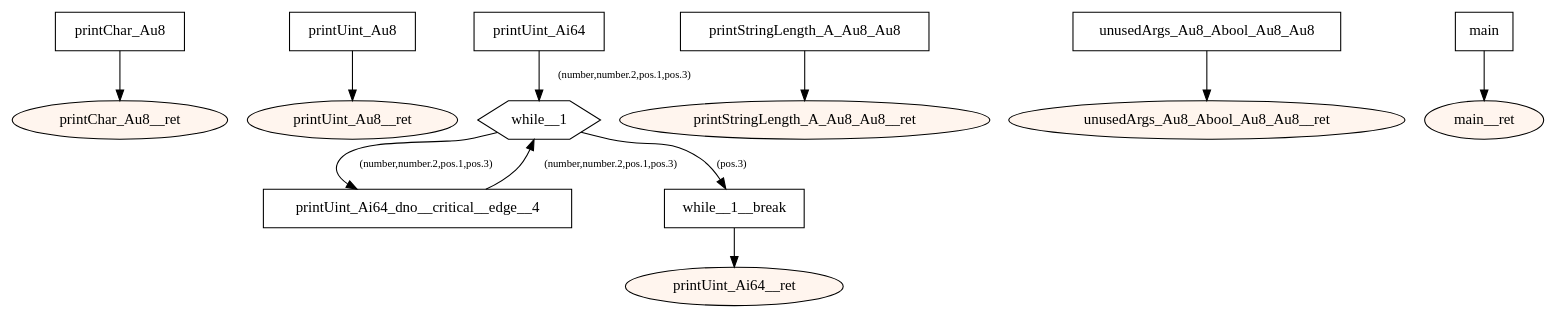
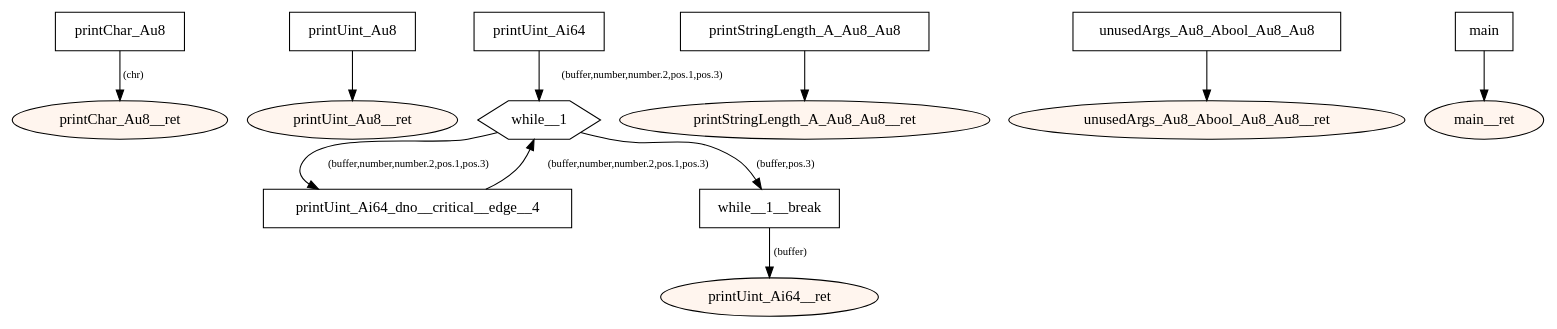
The diagram in src/main/resources-test/compiler/windows/basics.dot (tmssngr/tinyC), drawn with Graphviz before and after one commit. The commit also changed 158 other files, not shown here.

```diff
--- a/src/main/resources-test/compiler/windows/basics.dot
+++ b/src/main/resources-test/compiler/windows/basics.dot
@@ -1,40 +1,40 @@
 digraph program {
 	edge[fontsize="10pt"];
 	subgraph fn_printChar_Au8 {
 		BasicBlock_0_printChar_Au8 [label="printChar_Au8",shape=box];
-		BasicBlock_0_printChar_Au8 -> BasicBlock_0_printChar_Au8__ret;
+		BasicBlock_0_printChar_Au8 -> BasicBlock_0_printChar_Au8__ret [label="(chr)"];
 		BasicBlock_0_printChar_Au8__ret [label="printChar_Au8__ret",shape=oval,style=filled,fillcolor="#fff5ee"];
 	}
 	subgraph fn_printUint_Au8 {
 		BasicBlock_1_printUint_Au8 [label="printUint_Au8",shape=box];
 		BasicBlock_1_printUint_Au8 -> BasicBlock_1_printUint_Au8__ret;
 		BasicBlock_1_printUint_Au8__ret [label="printUint_Au8__ret",shape=oval,style=filled,fillcolor="#fff5ee"];
 	}
 	subgraph fn_printUint_Ai64 {
 		BasicBlock_2_printUint_Ai64 [label="printUint_Ai64",shape=box];
-		BasicBlock_2_printUint_Ai64 -> BasicBlock_2_while__1 [label="(number,number.2,pos.1,pos.3)"];
+		BasicBlock_2_printUint_Ai64 -> BasicBlock_2_while__1 [label="(buffer,number,number.2,pos.1,pos.3)"];
 		BasicBlock_2_printUint_Ai64_dno__critical__edge__4 [label="printUint_Ai64_dno__critical__edge__4",shape=box];
-		BasicBlock_2_printUint_Ai64_dno__critical__edge__4 -> BasicBlock_2_while__1 [label="(number,number.2,pos.1,pos.3)"];
+		BasicBlock_2_printUint_Ai64_dno__critical__edge__4 -> BasicBlock_2_while__1 [label="(buffer,number,number.2,pos.1,pos.3)"];
 		BasicBlock_2_while__1 [label="while__1",shape=hexagon];
-		BasicBlock_2_while__1 -> BasicBlock_2_printUint_Ai64_dno__critical__edge__4 [label="(number,number.2,pos.1,pos.3)"];
-		BasicBlock_2_while__1 -> BasicBlock_2_while__1__break [label="(pos.3)"];
+		BasicBlock_2_while__1 -> BasicBlock_2_printUint_Ai64_dno__critical__edge__4 [label="(buffer,number,number.2,pos.1,pos.3)"];
+		BasicBlock_2_while__1 -> BasicBlock_2_while__1__break [label="(buffer,pos.3)"];
 		BasicBlock_2_while__1__break [label="while__1__break",shape=box];
-		BasicBlock_2_while__1__break -> BasicBlock_2_printUint_Ai64__ret;
+		BasicBlock_2_while__1__break -> BasicBlock_2_printUint_Ai64__ret [label="(buffer)"];
 		BasicBlock_2_printUint_Ai64__ret [label="printUint_Ai64__ret",shape=oval,style=filled,fillcolor="#fff5ee"];
 	}
 	subgraph fn_printStringLength_A_Au8_Au8 {
 		BasicBlock_3_printStringLength_A_Au8_Au8 [label="printStringLength_A_Au8_Au8",shape=box];
 		BasicBlock_3_printStringLength_A_Au8_Au8 -> BasicBlock_3_printStringLength_A_Au8_Au8__ret;
 		BasicBlock_3_printStringLength_A_Au8_Au8__ret [label="printStringLength_A_Au8_Au8__ret",shape=oval,style=filled,fillcolor="#fff5ee"];
 	}
 	subgraph fn_unusedArgs_Au8_Abool_Au8_Au8 {
 		BasicBlock_4_unusedArgs_Au8_Abool_Au8_Au8 [label="unusedArgs_Au8_Abool_Au8_Au8",shape=box];
 		BasicBlock_4_unusedArgs_Au8_Abool_Au8_Au8 -> BasicBlock_4_unusedArgs_Au8_Abool_Au8_Au8__ret;
 		BasicBlock_4_unusedArgs_Au8_Abool_Au8_Au8__ret [label="unusedArgs_Au8_Abool_Au8_Au8__ret",shape=oval,style=filled,fillcolor="#fff5ee"];
 	}
 	subgraph fn_main {
 		BasicBlock_5_main [label="main",shape=box];
 		BasicBlock_5_main -> BasicBlock_5_main__ret;
 		BasicBlock_5_main__ret [label="main__ret",shape=oval,style=filled,fillcolor="#fff5ee"];
 	}
 }
```
